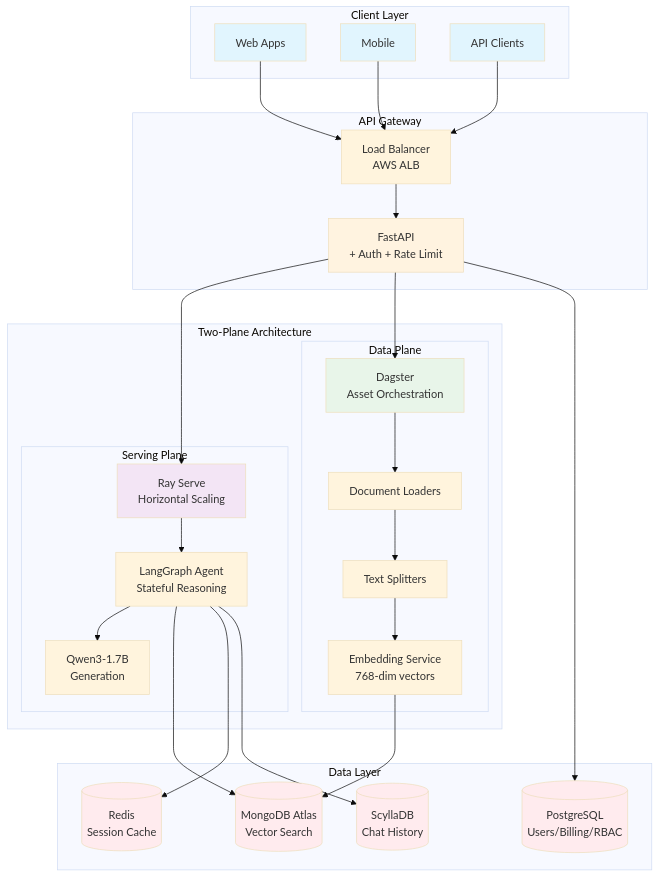
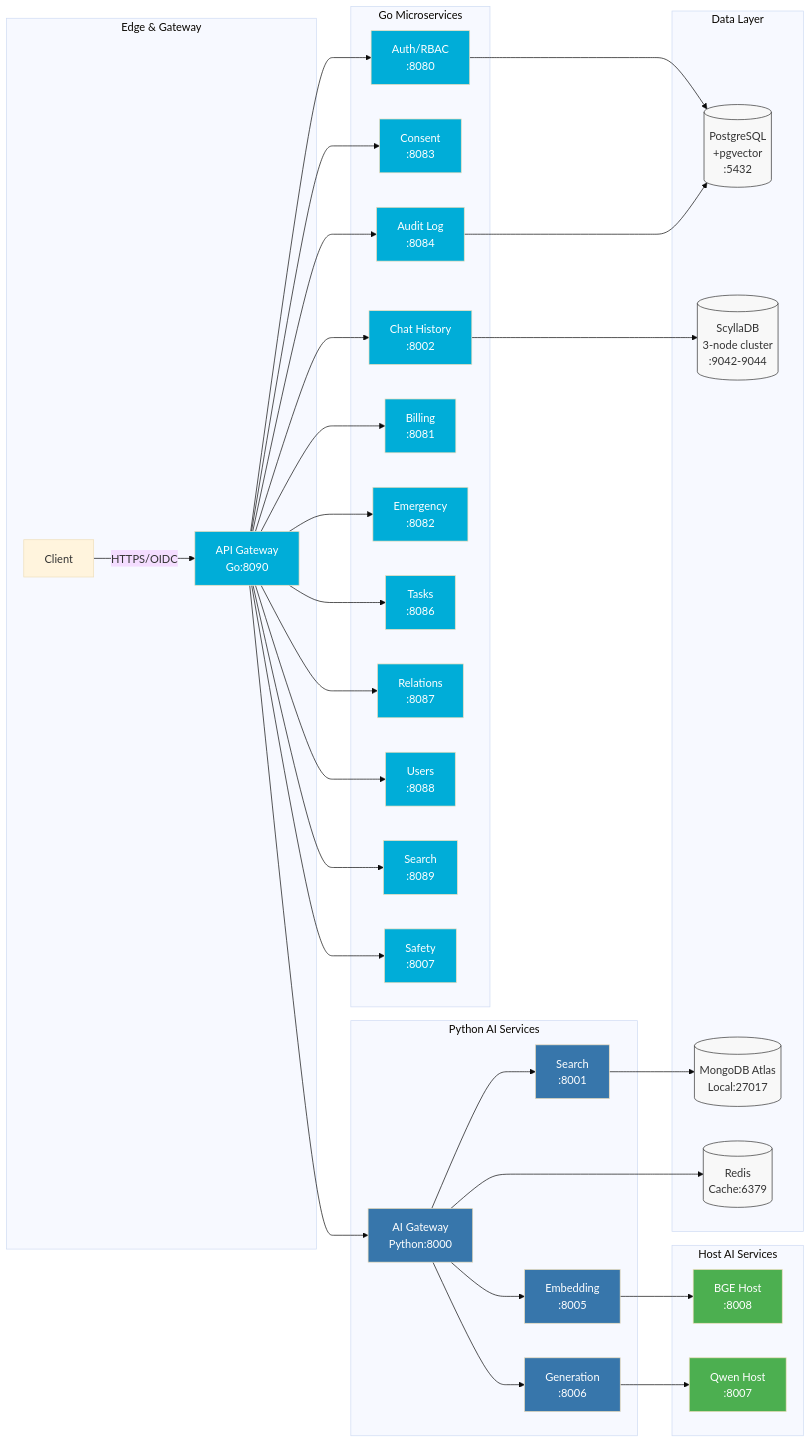
The diagram in README.md (asq-sheriff/MultiDB_RAG_AI), drawn with Mermaid (base theme) before and after one commit. The commit also changed other lines of this file and 434 other files, not shown here.

````diff
--- a/README.md
+++ b/README.md
@@ -94,67 +18,49 @@
 ```mermaid
-graph TB
-    subgraph "Client Layer"
-        WEB[Web Apps]
-        MOBILE[Mobile]
-        API_CLIENT[API Clients]
-    end
-    
-    subgraph "API Gateway"
-        LB[Load Balancer<br/>AWS ALB]
-        FASTAPI[FastAPI<br/>+ Auth + Rate Limit]
-    end
-    
-    subgraph "Two-Plane Architecture"
-        subgraph "Data Plane"
-            DAGSTER[Dagster<br/>Asset Orchestration]
-            LOADER[Document Loaders]
-            CHUNKER[Text Splitters]
-            EMBEDDER[Embedding Service<br/>768-dim vectors]
-        end
-        
-        subgraph "Serving Plane"
-            RAY[Ray Serve<br/>Horizontal Scaling]
-            AGENT[LangGraph Agent<br/>Stateful Reasoning]
-            GEN[Qwen3-1.7B<br/>Generation]
-        end
-    end
-    
-    subgraph "Data Layer"
-        MONGO[(MongoDB Atlas<br/>Vector Search)]
-        PG[(PostgreSQL<br/>Users/Billing/RBAC)]
-        SCYLLA[(ScyllaDB<br/>Chat History)]
-        REDIS[(Redis<br/>Session Cache)]
-    end
-    
-    WEB --> LB
-    MOBILE --> LB
-    API_CLIENT --> LB
-    
-    LB --> FASTAPI
-    FASTAPI --> RAY
-    FASTAPI --> DAGSTER
-    
-    RAY --> AGENT
-    AGENT --> GEN
-    AGENT --> MONGO
-    AGENT --> REDIS
-    AGENT --> SCYLLA
-    
-    DAGSTER --> LOADER
-    LOADER --> CHUNKER
-    CHUNKER --> EMBEDDER
-    EMBEDDER --> MONGO
-    
-    FASTAPI --> PG
-    
-    style WEB fill:#e1f5fe
-    style MOBILE fill:#e1f5fe
-    style API_CLIENT fill:#e1f5fe
-    style FASTAPI fill:#fff3e0
-    style RAY fill:#f3e5f5
-    style DAGSTER fill:#e8f5e9
-    style MONGO fill:#ffebee
-    style PG fill:#ffebee
-    style SCYLLA fill:#ffebee
-    style REDIS fill:#ffebee
+flowchart LR
+  subgraph Edge[Edge & Gateway]
+    Client -->|HTTPS/OIDC| API[API Gateway<br/>Go:8090]
+  end
+  
+  subgraph "Go Microservices"
+    API --> AUTH[Auth/RBAC<br/>:8080]
+    API --> CONSENT[Consent<br/>:8083]
+    API --> CHAT[Chat History<br/>:8002]
+    API --> AUDIT[Audit Log<br/>:8084]
+    API --> BILLING[Billing<br/>:8081]
+    API --> EMERGENCY[Emergency<br/>:8082]
+    API --> TASKS[Tasks<br/>:8086]
+    API --> RELATIONS[Relations<br/>:8087]
+    API --> USERS[Users<br/>:8088]
+    API --> SEARCH_GO[Search<br/>:8089]
+    API --> SAFETY_GO[Safety<br/>:8007]
+  end
+  
+  subgraph "Python AI Services"
+    API --> AI_GATEWAY[AI Gateway<br/>Python:8000]
+    AI_GATEWAY --> SEARCH[Search<br/>:8001]
+    AI_GATEWAY --> EMBED[Embedding<br/>:8005]
+    AI_GATEWAY --> GEN[Generation<br/>:8006]
+  end
+  
+  subgraph "Host AI Services"
+    EMBED --> BGE_HOST[BGE Host<br/>:8008]
+    GEN --> QWEN_HOST[Qwen Host<br/>:8007]
+  end
+  
+  subgraph "Data Layer"
+    AUTH --> PG[(PostgreSQL<br/>+pgvector<br/>:5432)]
+    CHAT --> SCY[(ScyllaDB<br/>3-node cluster<br/>:9042-9044)]
+    SEARCH --> MONGO[(MongoDB Atlas<br/>Local:27017)]
+    AI_GATEWAY --> REDIS[(Redis<br/>Cache:6379)]
+    AUDIT --> PG
+  end
+  
+  classDef db fill:#f8f8f8,stroke:#333
+  classDef go fill:#00ADD8,color:#fff
+  classDef python fill:#3776ab,color:#fff
+  classDef ai fill:#4caf50,color:#fff
+  class PG,SCY,MONGO,REDIS db
+  class API,AUTH,CONSENT,CHAT,AUDIT,BILLING,EMERGENCY,TASKS,RELATIONS,USERS,SEARCH_GO,SAFETY_GO go
+  class AI_GATEWAY,SEARCH,EMBED,GEN python
+  class BGE_HOST,QWEN_HOST ai
 ```
````
